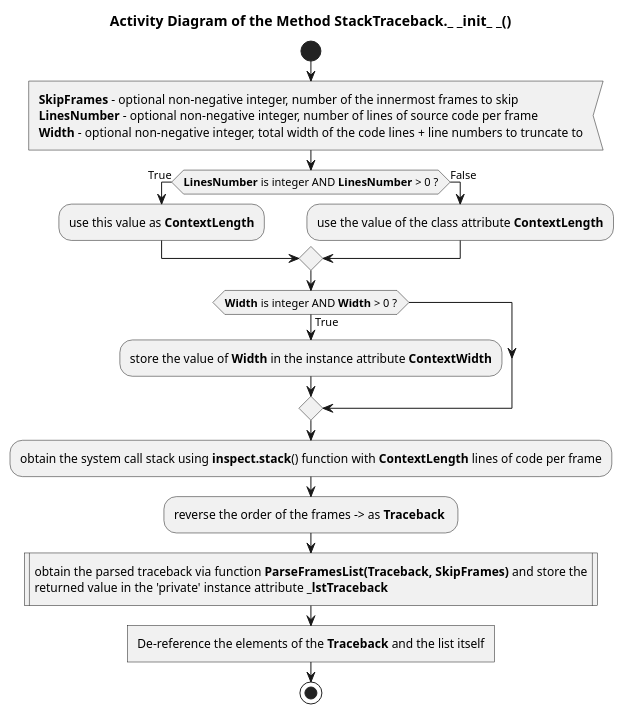
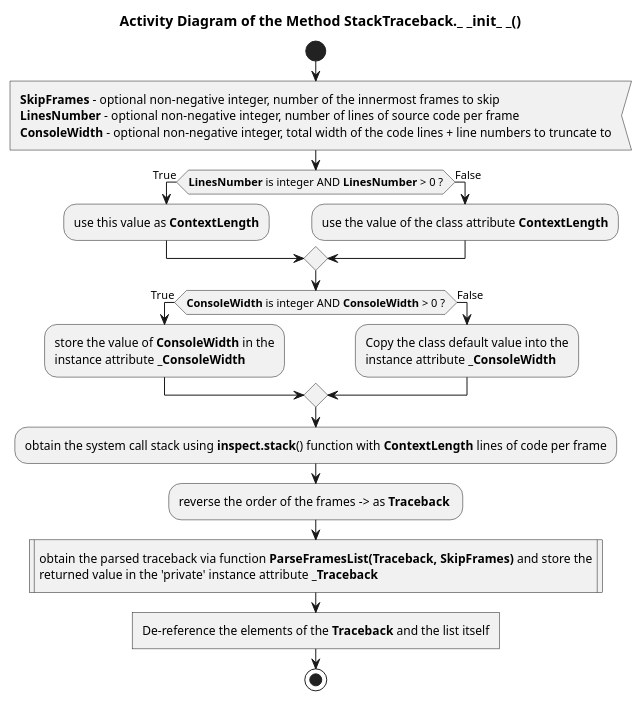
One commit to FooBarShebang/introspection_lib changed the diagram in Documentation/UML/traceback/traceback_stacktraceback_init.pu. Above: the diagram before and after it, drawn with PlantUML. The commit also changed 22 other files, not shown here.

```diff
--- a/Documentation/UML/traceback/traceback_stacktraceback_init.pu
+++ b/Documentation/UML/traceback/traceback_stacktraceback_init.pu
@@ -1,31 +1,33 @@
 @startuml traceback_stacktraceback_init
 
 title Activity Diagram of the Method StackTraceback._ _init_ _()
 
 start
 
 :<b>SkipFrames</b> - optional non-negative integer, number of the innermost frames to skip
 <b>LinesNumber</b> - optional non-negative integer, number of lines of source code per frame
-<b>Width</b> - optional non-negative integer, total width of the code lines + line numbers to truncate to<
+<b>ConsoleWidth</b> - optional non-negative integer, total width of the code lines + line numbers to truncate to<
 
 if (<b>LinesNumber</b> is integer AND <b>LinesNumber</b> > 0 ?) then (True)
     :use this value as <b>ContextLength</b>;
 else (False)
     :use the value of the class attribute <b>ContextLength</b>;
 endif
 
-if (<b>Width</b> is integer AND <b>Width</b> > 0 ?) then (True)
-    :store the value of <b>Width</b> in the instance attribute <b>ContextWidth</b>;
+if (<b>ConsoleWidth</b> is integer AND <b>ConsoleWidth</b> > 0 ?) then (True)
+    :store the value of <b>ConsoleWidth</b> in the\ninstance attribute <b>_ConsoleWidth</b>;
+else (False)
+    :Copy the class default value into the\ninstance attribute <b>_ConsoleWidth</b>;
 endif
 
 :obtain the system call stack using <b>inspect.stack</b>() function with <b>ContextLength</b> lines of code per frame;
 
 :reverse the order of the frames -> as <b>Traceback</b> ;
 
-:obtain the parsed traceback via function <b>ParseFramesList(Traceback, SkipFrames)</b> and store the\nreturned value in the 'private' instance attribute <b>_lstTraceback</b>|
+:obtain the parsed traceback via function <b>ParseFramesList(Traceback, SkipFrames)</b> and store the\nreturned value in the 'private' instance attribute <b>_Traceback</b>|
 
 :De-reference the elements of the <b>Traceback</b> and the list itself]
 
 stop
 
 @enduml
```
